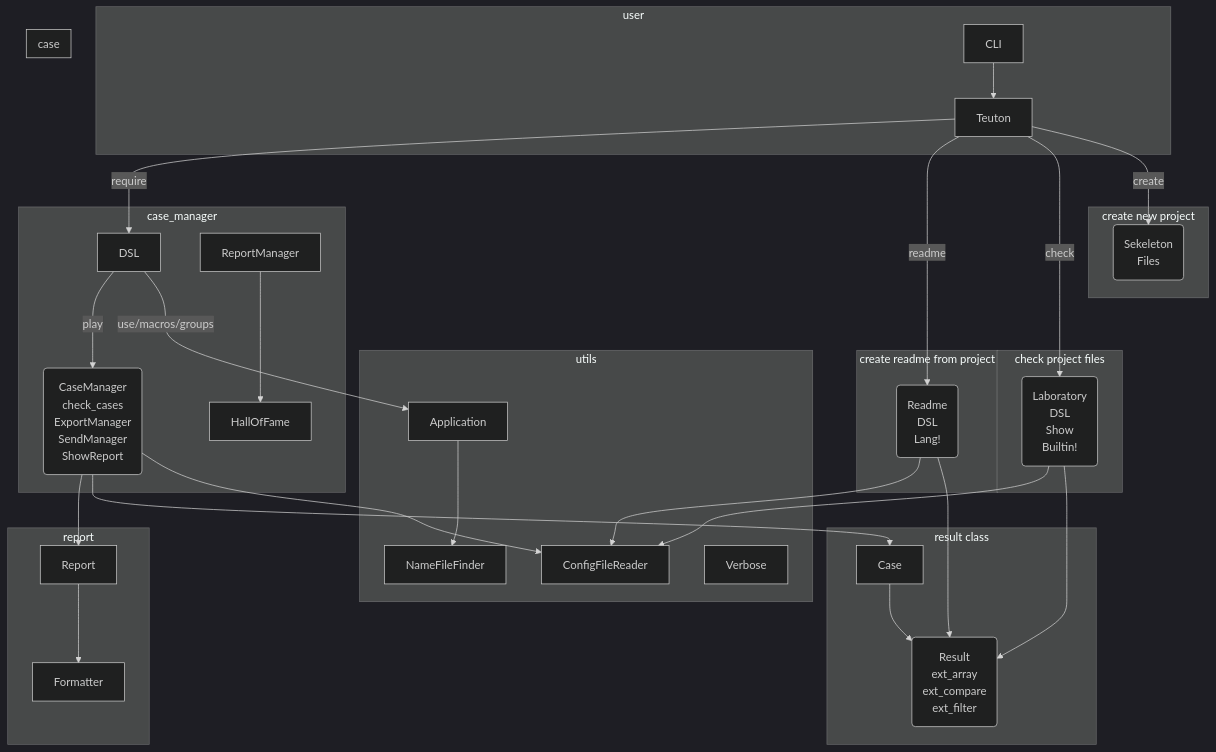
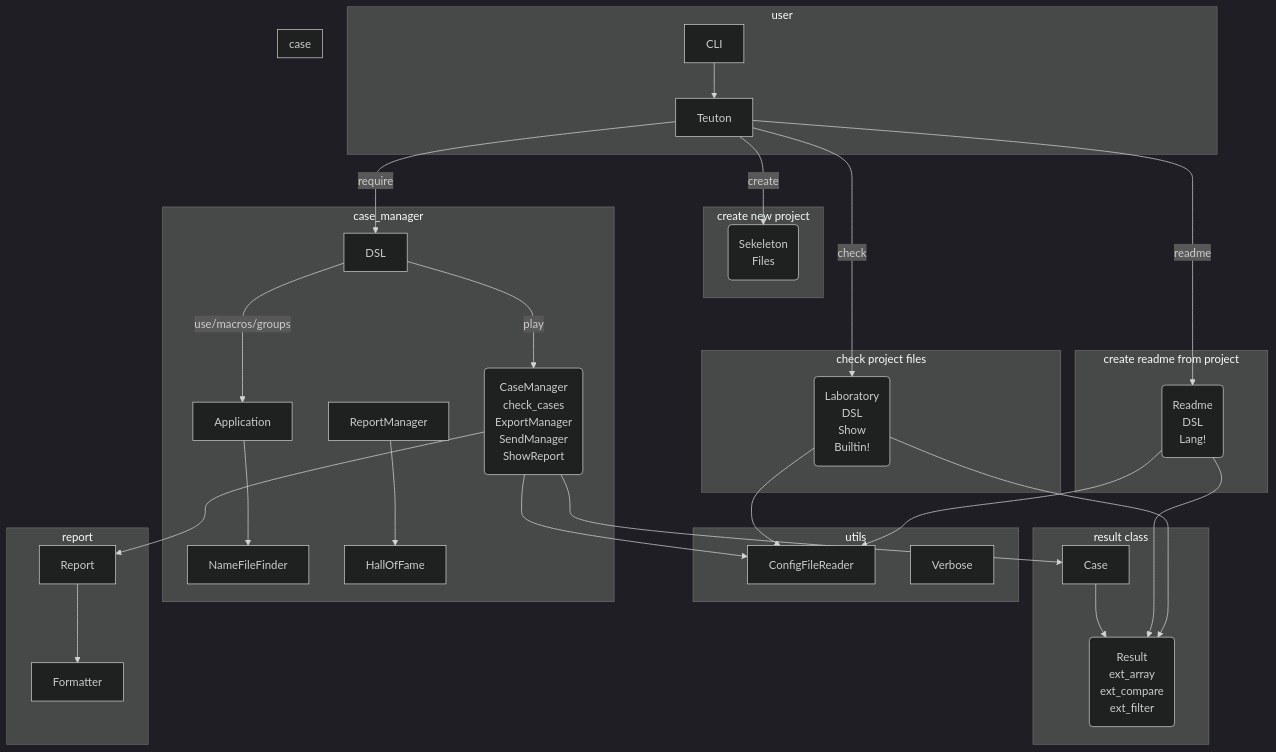
The diagram in docs/diagram.md (teuton-software/teuton), drawn with Mermaid (dark theme) before and after one commit. The commit also changed other lines of this file, not shown here.

````diff
--- a/docs/diagram.md
+++ b/docs/diagram.md
@@ -5,49 +5,49 @@
 ```mermaid
 flowchart TB
 
 subgraph user
   CLI --> Teuton
 end
 
 subgraph "create new project"
   Teuton -- create --> Skeleton("Sekeleton\nFiles")
 end
 
 subgraph "check project files"
   Teuton -- check --> Laboratory("Laboratory\nDSL\nShow\nBuiltin!")
 end
 
 subgraph "create readme from project"
   Teuton -- readme --> Readme("Readme\nDSL\nLang!")
 end
 
 subgraph "result class"
   Laboratory --> Result
   Readme --> Result("Result\next_array\next_compare\next_filter")
   Case --> Result
 end
 
 subgraph utils
   Readme --> ConfigFileReader
   Laboratory --> ConfigFileReader
-  Application --> NameFileFinder
   Verbose
 end
 
 subgraph case_manager
   Teuton -- require --> DSL
   DSL -- use/macros/groups --> Application
+  Application --> NameFileFinder
   DSL -- play --> CaseManager("CaseManager\ncheck_cases\nExportManager\nSendManager\nShowReport")
   CaseManager --> ConfigFileReader
   ReportManager --> HallOfFame
 end
 
 subgraph case
   CaseManager --> Case
 end
 
 subgraph report
   CaseManager --> Report
   Report --> Formatter
 end
 ```
````
